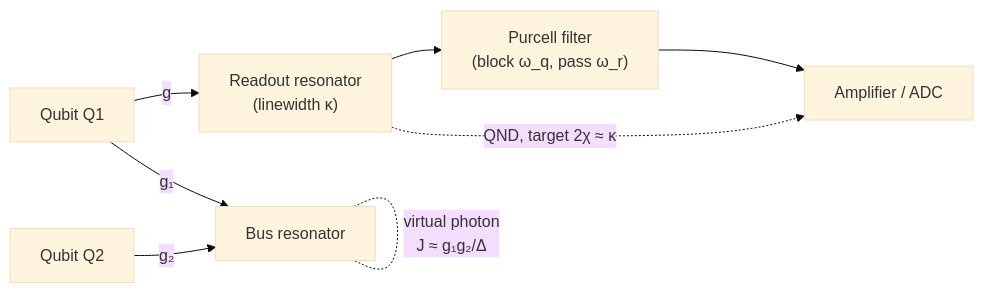
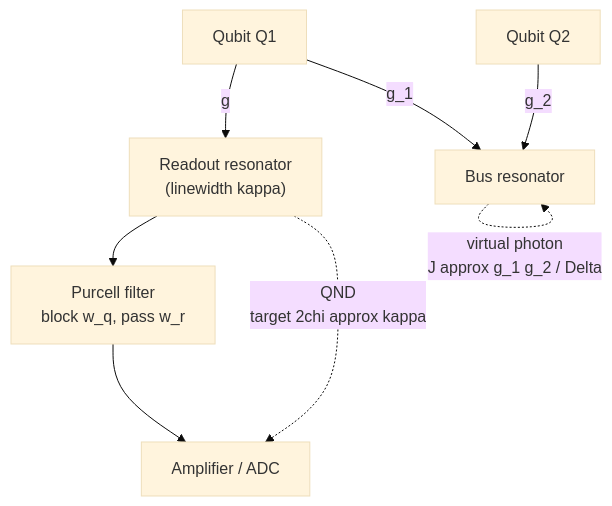
One commit to Iamsohungrynow/superconducting-qubits-journey changed the second of 2 diagrams in tutorial/05-circuit-qed.md. Above: the diagram before and after it, drawn with Mermaid (base theme). The commit also changed other lines of this file and 11 other files, not shown here.

Commit message:
Rewrite Mermaid diagrams for clear GitHub rendering (TD layout, short labels)

````diff
--- a/tutorial/05-circuit-qed.md
+++ b/tutorial/05-circuit-qed.md
@@ -140,10 +140,10 @@
 ```mermaid
-flowchart LR
-    Q1["Qubit Q1"] -- g --> R["Readout resonator<br/>(linewidth κ)"]
-    R --> PF["Purcell filter<br/>(block ω_q, pass ω_r)"]
+flowchart TD
+    Q1["Qubit Q1"] -->|"g"| R["Readout resonator<br/>(linewidth kappa)"]
+    R --> PF["Purcell filter<br/>block w_q, pass w_r"]
     PF --> AMP["Amplifier / ADC"]
-    R -. "QND, target 2χ ≈ κ" .-> AMP
-    Q1 -- g₁ --> BUS["Bus resonator"]
-    Q2["Qubit Q2"] -- g₂ --> BUS
-    BUS -. "virtual photon<br/>J ≈ g₁g₂/Δ" .- BUS
+    R -.->|"QND<br/>target 2chi approx kappa"| AMP
+    Q1 -->|"g_1"| BUS["Bus resonator"]
+    Q2["Qubit Q2"] -->|"g_2"| BUS
+    BUS -.->|"virtual photon<br/>J approx g_1 g_2 / Delta"| BUS
 ```
````
